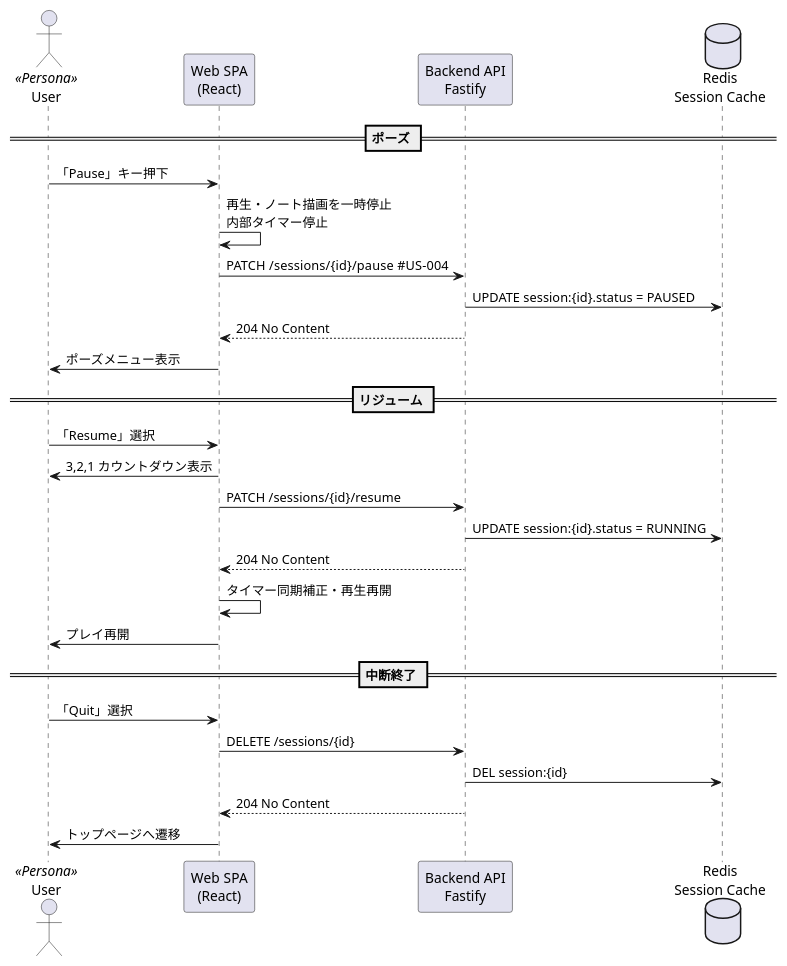
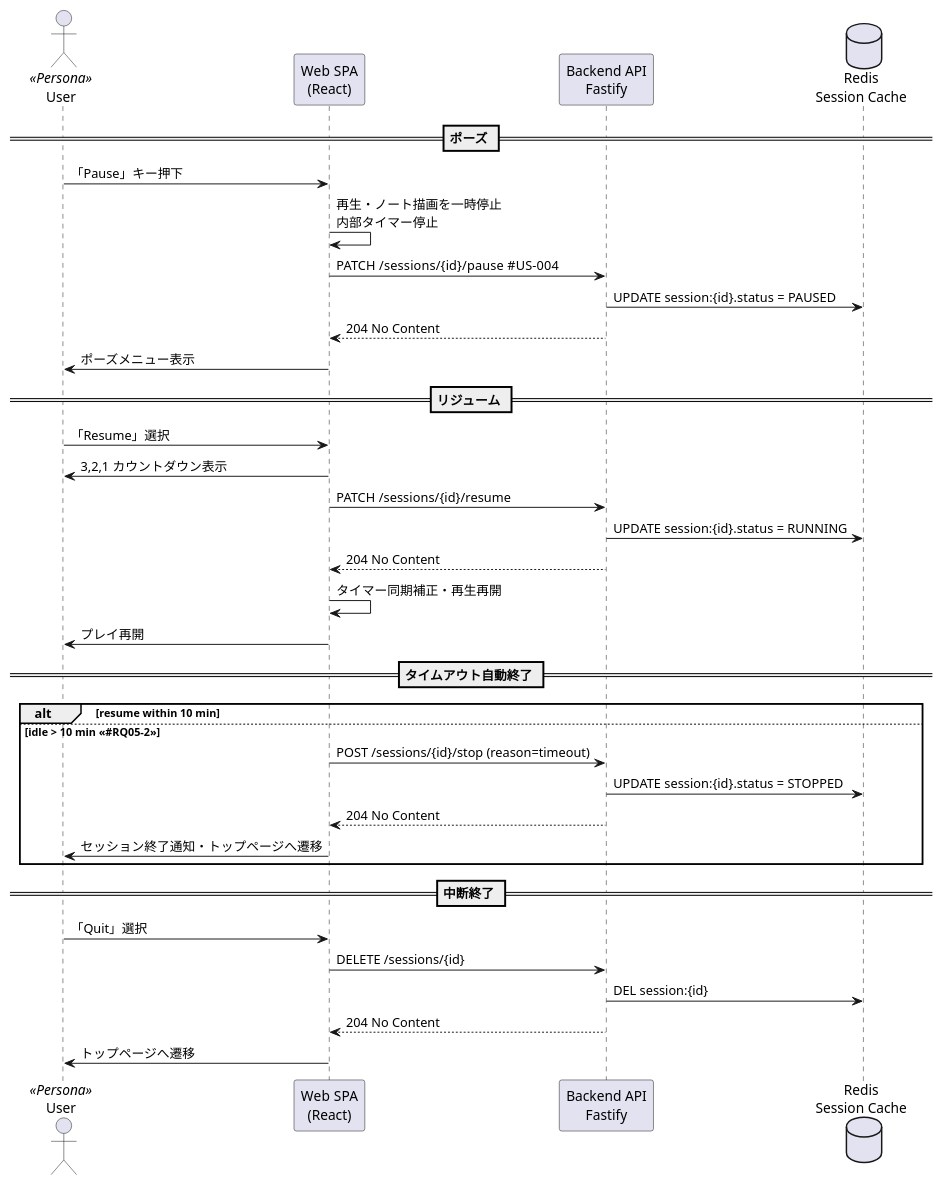
One commit to u-keiya/play_as_you_like changed the diagram in docs/03_design/diagrams/sequence/pause_resume.puml. Above: the diagram before and after it, drawn with PlantUML. The commit also changed 20 other files, not shown here.

```diff
--- a/docs/03_design/diagrams/sequence/pause_resume.puml
+++ b/docs/03_design/diagrams/sequence/pause_resume.puml
@@ -1,34 +1,46 @@
 @startuml
 ' ==============================================================
 ' Sequence Diagram — Pause & Resume (#US-004)
 ' ==============================================================
 actor User  as user <<Persona>>
 participant "Web SPA\n(React)"            as spa
 participant "Backend API\nFastify"        as api
 database    "Redis\nSession Cache"        as cache
 
 == ポーズ ==
 user -> spa : 「Pause」キー押下
 spa -> spa : 再生・ノート描画を一時停止\n内部タイマー停止
+' <<constraint>> PATCH /sessions/{id}/pause: 3秒以内応答
 spa -> api : PATCH /sessions/{id}/pause  #US-004
 api -> cache : UPDATE session:{id}.status = PAUSED
 api --> spa : 204 No Content
 spa -> user : ポーズメニュー表示
 
 == リジューム ==
 user -> spa : 「Resume」選択
 spa -> user : 3,2,1 カウントダウン表示
+' <<constraint>> PATCH /sessions/{id}/resume: 3秒以内応答
 spa -> api : PATCH /sessions/{id}/resume
 api -> cache : UPDATE session:{id}.status = RUNNING
 api --> spa : 204 No Content
 spa -> spa : タイマー同期補正・再生再開
 spa -> user : プレイ再開
+
+== タイムアウト自動終了 ==
+alt resume within 10 min
+  ' 何もしない
+else idle > 10 min <<#RQ05-2>>
+  spa -> api : POST /sessions/{id}/stop (reason=timeout)
+  api -> cache : UPDATE session:{id}.status = STOPPED
+  api --> spa : 204 No Content
+  spa -> user : セッション終了通知・トップページへ遷移
+end
 
 == 中断終了 ==
 user -> spa : 「Quit」選択
 spa -> api : DELETE /sessions/{id}
 api -> cache : DEL session:{id}
 api --> spa : 204 No Content
 spa -> user : トップページへ遷移
 
 @enduml
```
